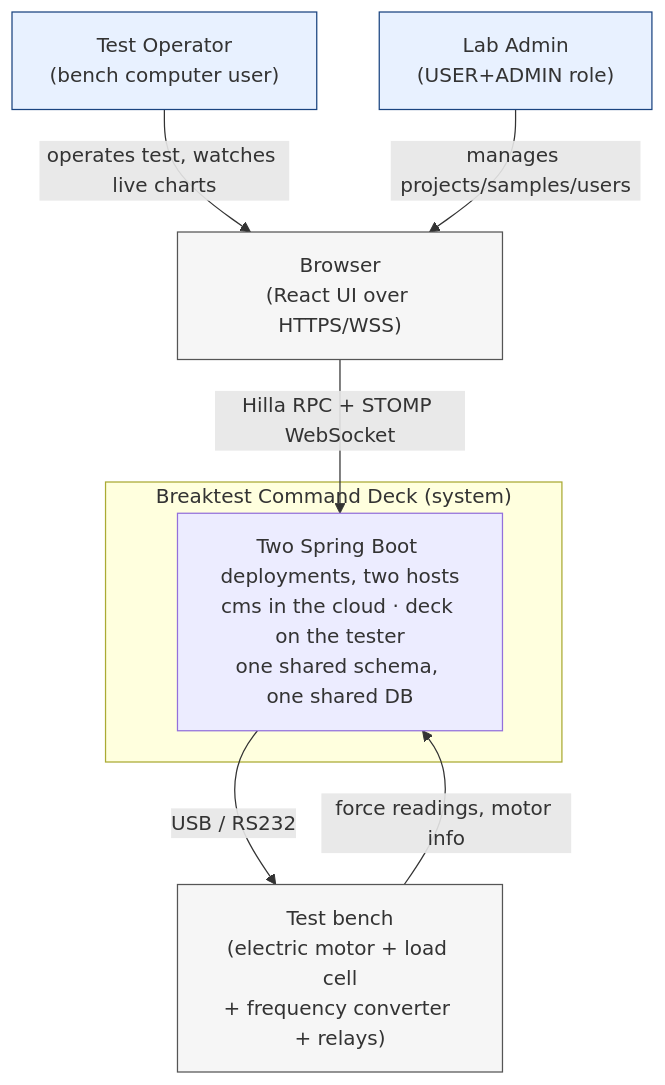
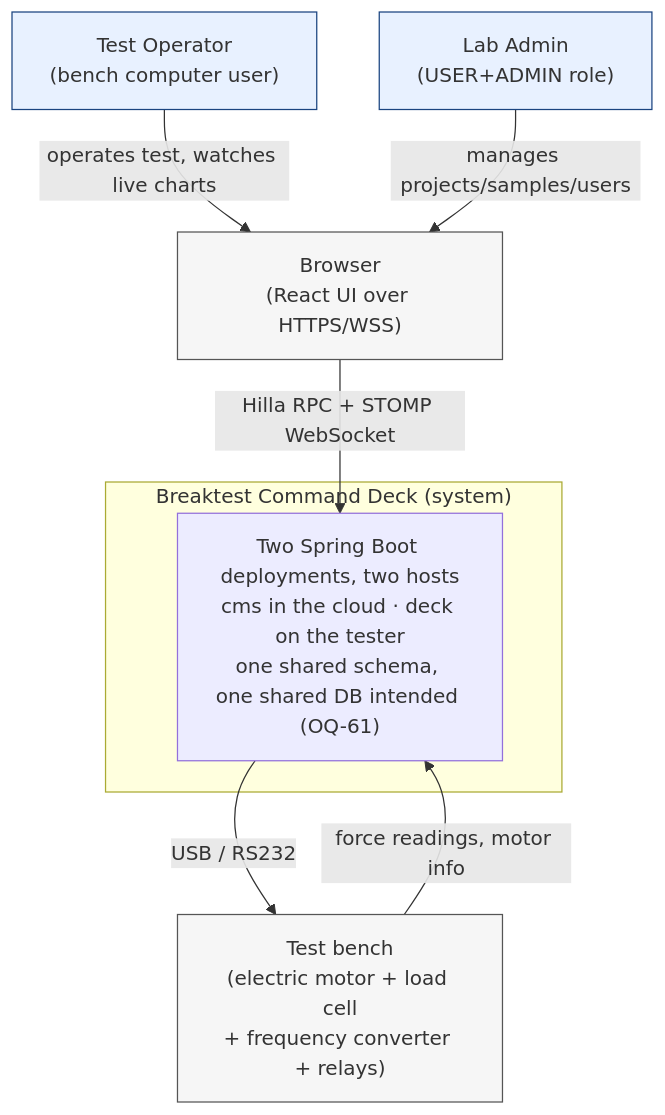
One commit to rupfizupfi/breaktest-command-deck changed the first of 2 diagrams in doc/01-overview/system-architecture.md. Above: the diagram before and after it, drawn with Mermaid. The commit also changed other lines of this file and 69 other files, not shown here.

````diff
--- a/doc/01-overview/system-architecture.md
+++ b/doc/01-overview/system-architecture.md
@@ -21,21 +21,21 @@
 ```mermaid
 flowchart TB
     OP["Test Operator<br/>(bench computer user)"]:::actor
     AD["Lab Admin<br/>(USER+ADMIN role)"]:::actor
 
     subgraph SUT["Breaktest Command Deck (system)"]
-        SYS["Two Spring Boot deployments, two hosts<br/>cms in the cloud · deck on the tester<br/>one shared schema, one shared DB"]
+        SYS["Two Spring Boot deployments, two hosts<br/>cms in the cloud · deck on the tester<br/>one shared schema, one shared DB intended (OQ-61)"]
     end
 
     HW["Test bench<br/>(electric motor + load cell<br/>+ frequency converter + relays)"]:::external
     BR["Browser<br/>(React UI over HTTPS/WSS)"]:::external
 
     OP -->|operates test, watches live charts| BR
     AD -->|manages projects/samples/users| BR
     BR -->|Hilla RPC + STOMP WebSocket| SYS
     SYS -->|USB / RS232| HW
     HW -->|force readings, motor info| SYS
 
     classDef actor fill:#e8f1ff,stroke:#1a4480
     classDef external fill:#f6f6f6,stroke:#555
 ```
````
